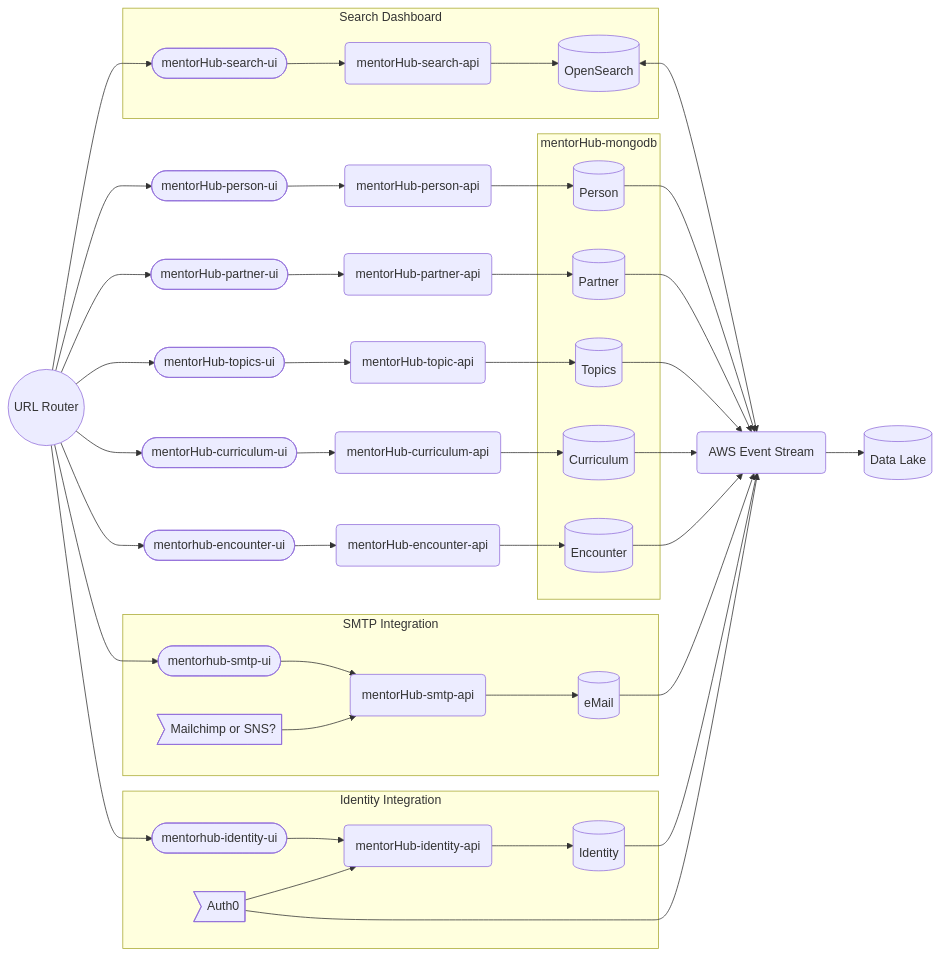
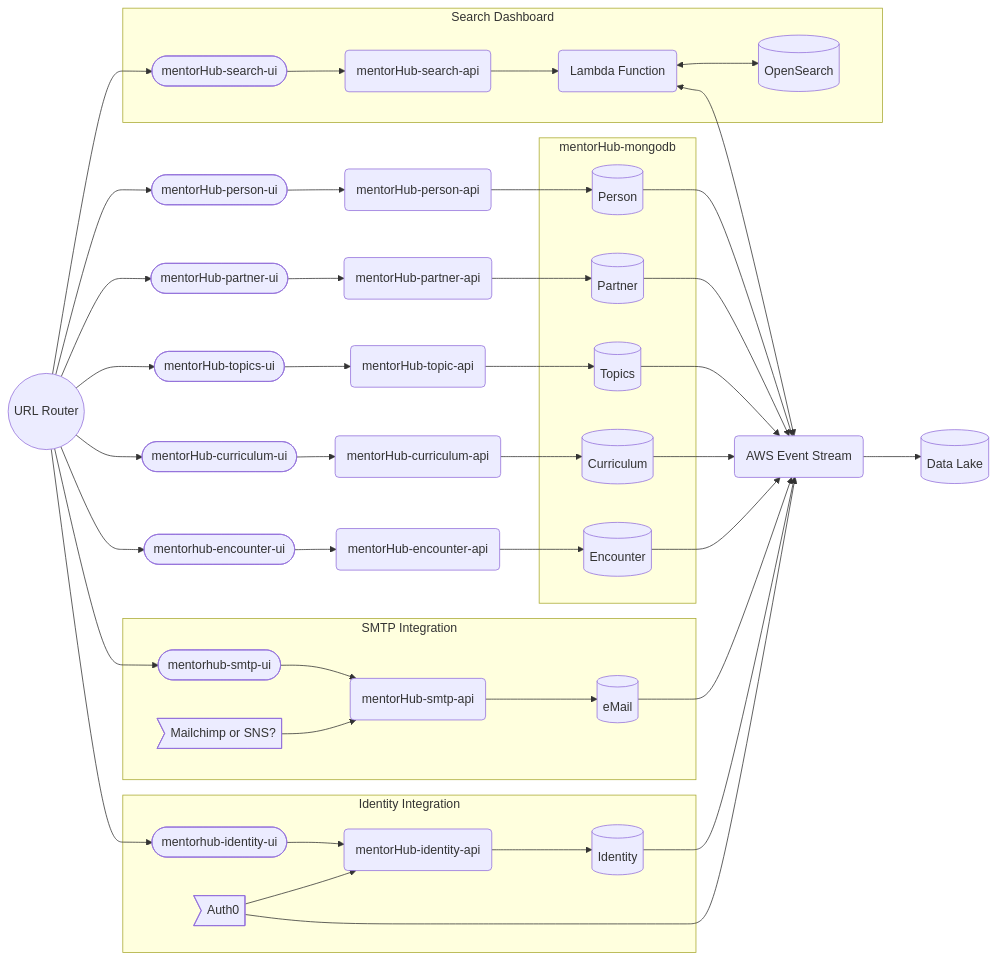
Before and after one commit to agile-learning-institute/mentorHub: the first of 5 diagrams in specifications/ARCHITECTURE.md, drawn with Mermaid.

Commit message:
Update ARCHITECTURE.md
Updated flow of Search Dashboard

```diff
--- a/specifications/ARCHITECTURE.md
+++ b/specifications/ARCHITECTURE.md
@@ -29,10 +29,11 @@
     subgraph Search Dashboard
         SearchUI
         --> SearchAPI(mentorHub-search-api)
-        --> SearchService[(OpenSearch)]
+        --> Lambda(Lambda Function)
+        <--> SearchService[(OpenSearch)]
     end
-    SearchService <--> BUS
-
+    Lambda <--> BUS
+    
     APIG
     --> PersonUI([mentorHub-person-ui])
     --> PersonAPI(mentorHub-person-api)
```
